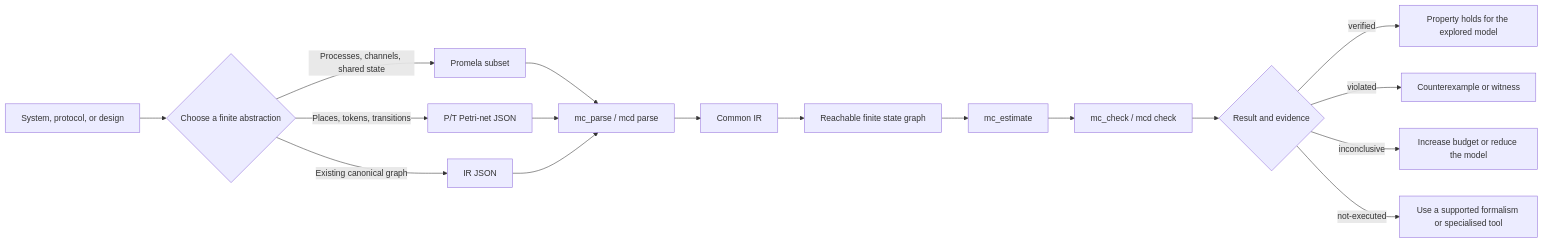
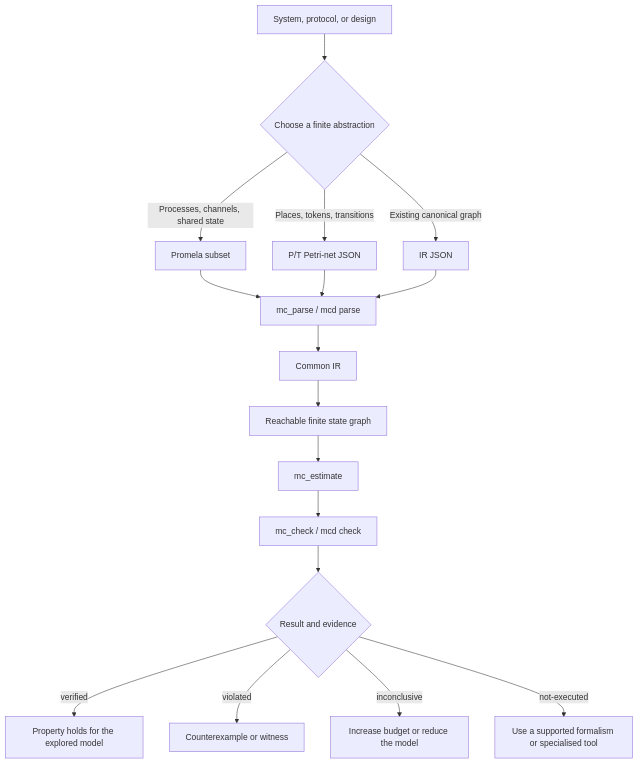
One commit to viktor-drobek/model-check-plugin changed the first of 2 diagrams in README.md. Above: the diagram before and after it, drawn with Mermaid. The commit also changed other lines of this file and 2 other files, not shown here.

````diff
--- a/README.md
+++ b/README.md
@@ -17,19 +17,19 @@
 ```mermaid
-flowchart LR
+flowchart TD
     A[System, protocol, or design] --> B{Choose a finite abstraction}
     B -->|Processes, channels, shared state| P[Promela subset]
     B -->|Places, tokens, transitions| N[P/T Petri-net JSON]
     B -->|Existing canonical graph| I[IR JSON]
     P --> Q[mc_parse / mcd parse]
     N --> Q
     I --> Q
     Q --> R[Common IR]
     R --> S[Reachable finite state graph]
     S --> E[mc_estimate]
     E --> C[mc_check / mcd check]
     C --> O{Result and evidence}
     O -->|verified| V[Property holds for the explored model]
     O -->|violated| X[Counterexample or witness]
     O -->|inconclusive| U[Increase budget or reduce the model]
     O -->|not-executed| D[Use a supported formalism or specialised tool]
 ```
````
